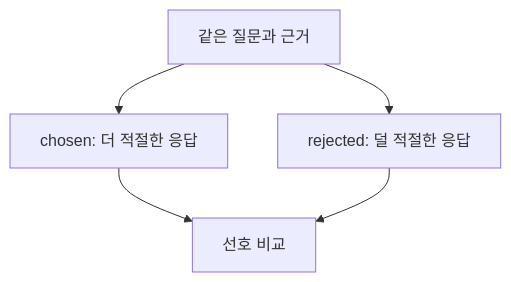
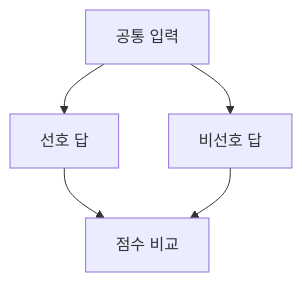
The diagram in _posts/2026-11-24-dpo-preference-pair-design.md (ho-yu/ho-yu.github.io), drawn with Mermaid before and after one commit. The commit also changed 2 other files, not shown here.

Commit message:
post: improve DPO diagrams for mobile readability

````diff
--- a/_posts/2026-11-24-dpo-preference-pair-design.md
+++ b/_posts/2026-11-24-dpo-preference-pair-design.md
@@ -18,7 +18,7 @@
 ```mermaid
 flowchart TD
-    X["같은 질문과 근거"] --> C["chosen: 더 적절한 응답"]
-    X --> R["rejected: 덜 적절한 응답"]
-    C --> P["선호 비교"]
+    X["공통 입력"] --> C["선호 답"]
+    X --> R["비선호 답"]
+    C --> P["점수 비교"]
     R --> P
 ```
````
